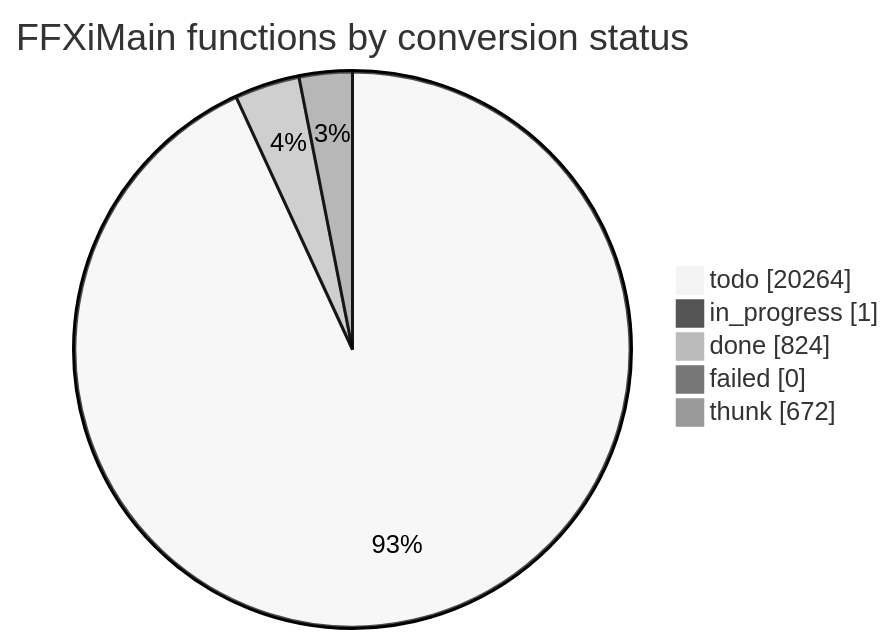
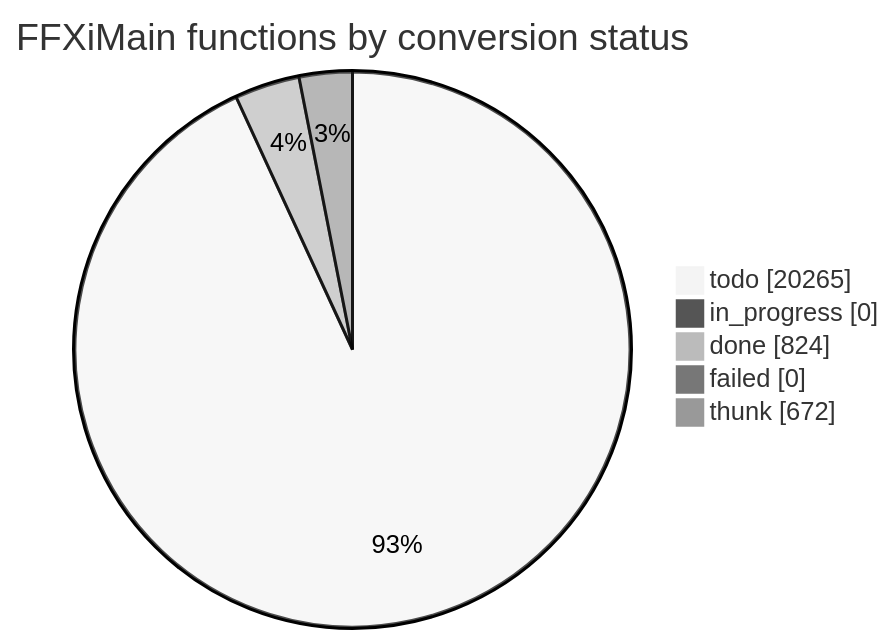
The diagram in docs/cow/STATUS.md (cowrevenge/cow_kuluu_xi_anything), drawn with Mermaid (neutral theme) before and after one commit. The commit also changed other lines of this file and 7 other files, not shown here.

````diff
--- a/docs/cow/STATUS.md
+++ b/docs/cow/STATUS.md
@@ -18,9 +18,9 @@
 ```mermaid
 pie showData
     title FFXiMain functions by conversion status
-    "todo" : 20264
-    "in_progress" : 1
+    "todo" : 20265
+    "in_progress" : 0
     "done" : 824
     "failed" : 0
     "thunk" : 672
 ```
````
